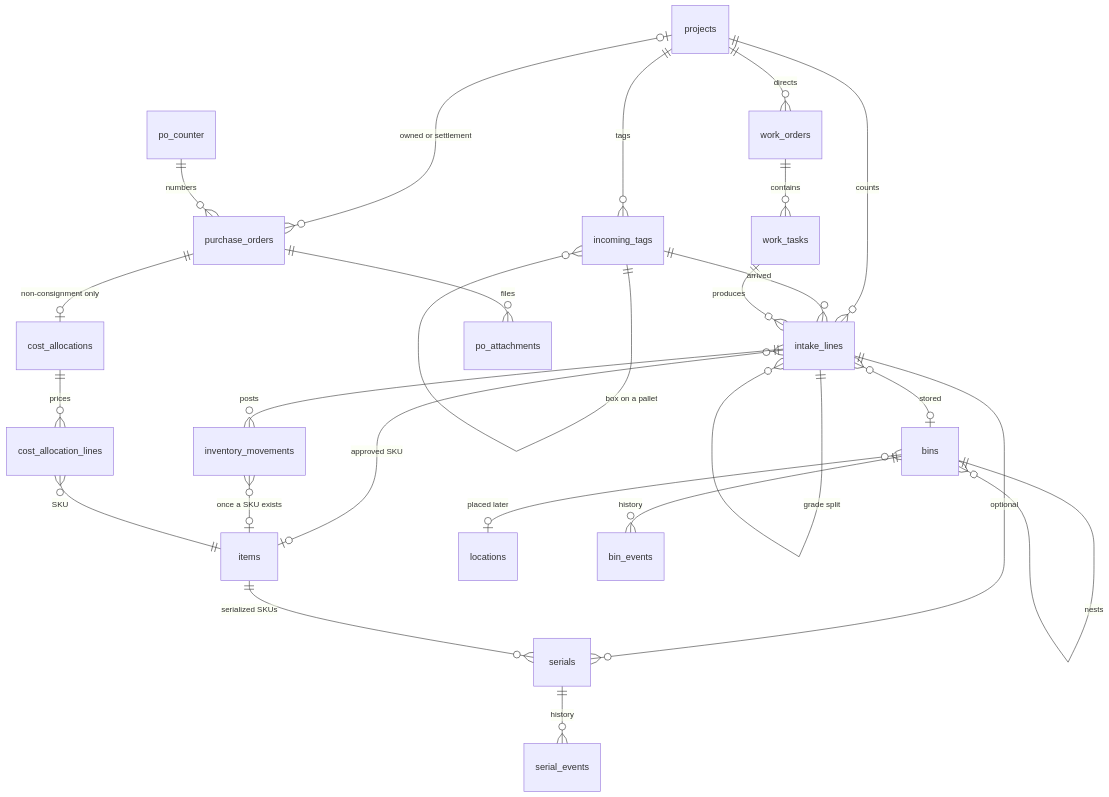
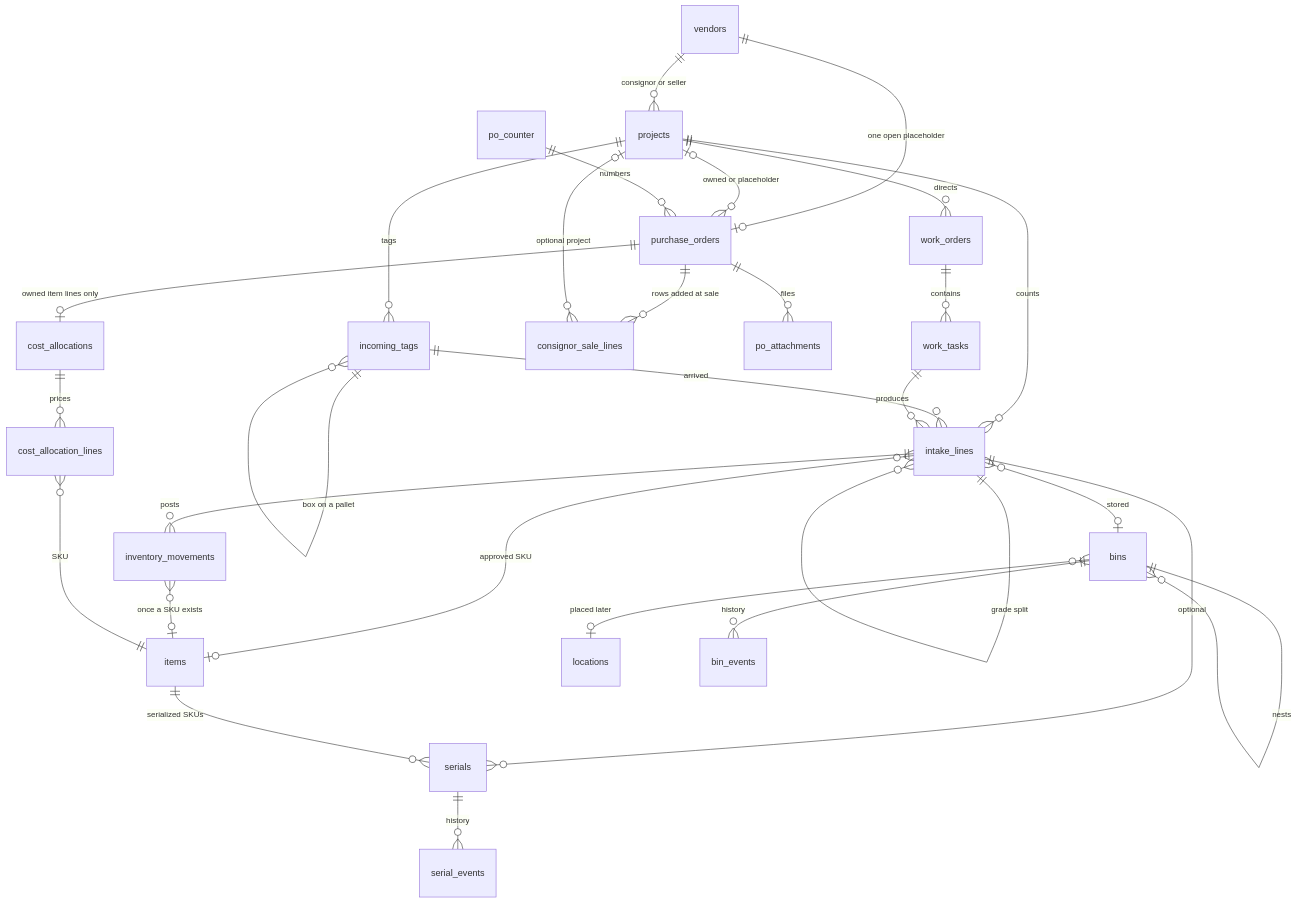
One commit to jdierens/its changed the first of 5 diagrams in docs/order-to-stock.md. Above: the diagram before and after it, drawn with Mermaid. The commit also changed other lines of this file and 1 other file, not shown here.

First line of the commit message:
Record Jan's cost decisions and the consignor sale PO.

````diff
--- a/docs/order-to-stock.md
+++ b/docs/order-to-stock.md
@@ -49,27 +49,31 @@
 ```mermaid
 erDiagram
   projects ||--o{ incoming_tags : tags
   projects ||--o{ work_orders : directs
   projects ||--o{ intake_lines : counts
-  projects |o--o{ purchase_orders : "owned or settlement"
-  purchase_orders ||--o| cost_allocations : "non-consignment only"
+  vendors ||--o{ projects : "consignor or seller"
+  vendors ||--o| purchase_orders : "one open placeholder"
+  projects |o--o{ purchase_orders : "owned or placeholder"
+  purchase_orders ||--o| cost_allocations : "owned item lines only"
+  purchase_orders ||--o{ consignor_sale_lines : "rows added at sale"
   purchase_orders ||--o{ po_attachments : files
   po_counter ||--o{ purchase_orders : numbers
+  consignor_sale_lines }o--o| projects : "optional project"
   incoming_tags ||--o{ incoming_tags : "box on a pallet"
   incoming_tags ||--o{ intake_lines : arrived
   work_orders ||--o{ work_tasks : contains
   work_tasks ||--o{ intake_lines : produces
   intake_lines ||--o{ intake_lines : "grade split"
   intake_lines }o--o| items : "approved SKU"
   intake_lines }o--o| bins : stored
   intake_lines ||--o{ serials : "optional"
   items ||--o{ serials : "serialized SKUs"
   serials ||--o{ serial_events : history
   bins ||--o{ bins : nests
   bins }o--o| locations : "placed later"
   bins ||--o{ bin_events : history
   intake_lines ||--o{ inventory_movements : posts
   inventory_movements }o--o| items : "once a SKU exists"
   cost_allocations ||--o{ cost_allocation_lines : prices
   cost_allocation_lines }o--|| items : SKU
 ```
````
